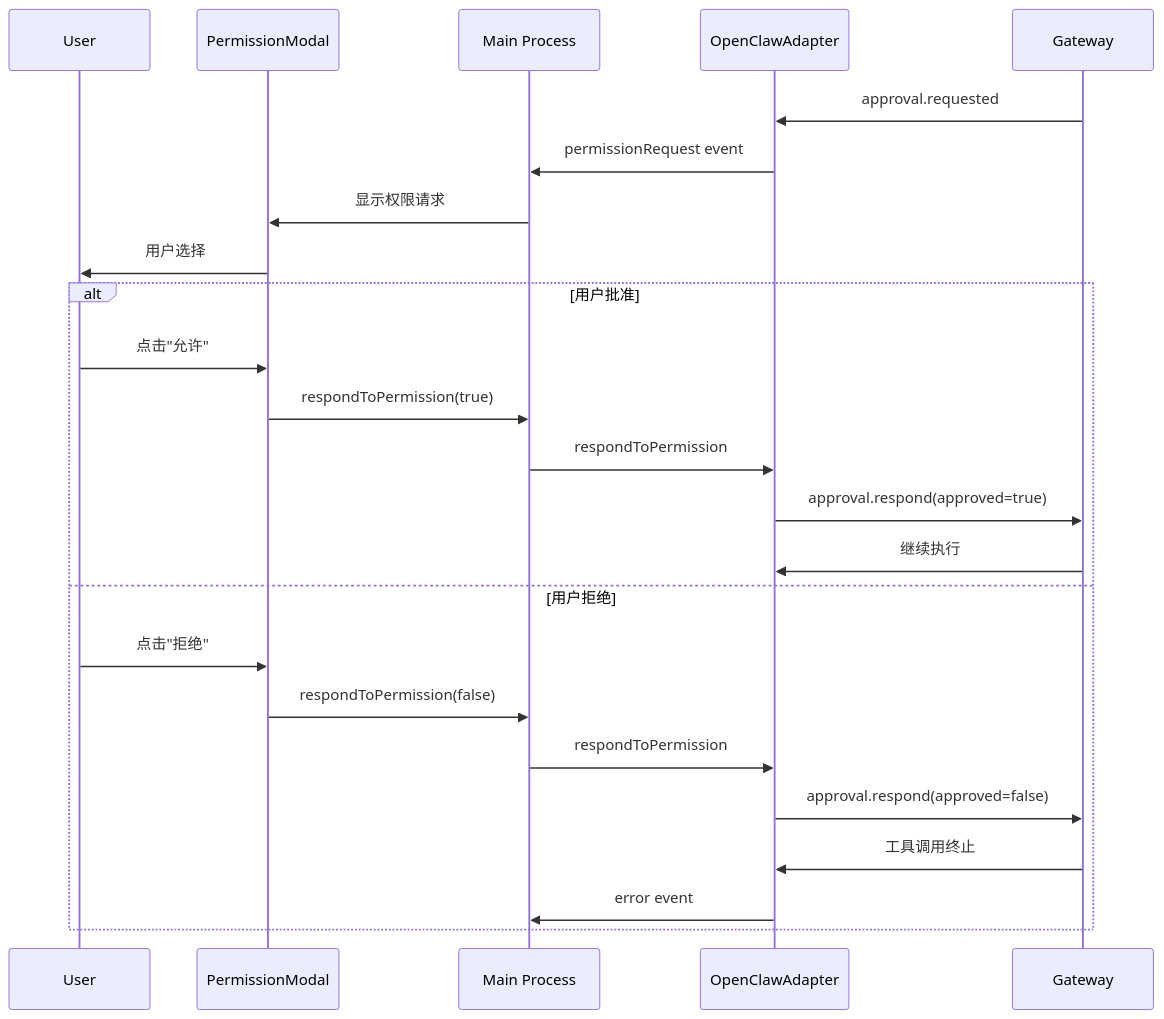
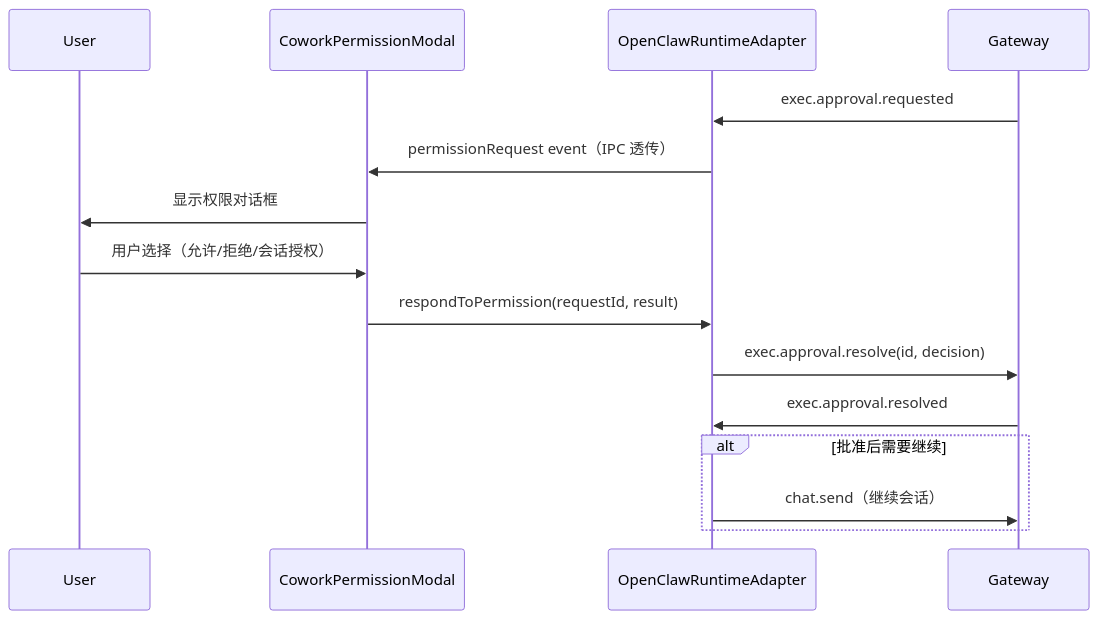
One commit to liangxhao/JustDo changed the second of 4 diagrams in docs/architecture/04-cowork-system.md. Above: the diagram before and after it, drawn with Mermaid. The commit also changed other lines of this file and 31 other files, not shown here.

First line of the commit message:
docs: comprehensive documentation update reflecting v2026.6 Thin Frontend architecture

````diff
--- a/docs/architecture/04-cowork-system.md
+++ b/docs/architecture/04-cowork-system.md
@@ -325,27 +265,18 @@
 ```mermaid
 sequenceDiagram
   participant U as User
-  participant GUI as PermissionModal
-  participant IPC as Main Process
-  participant OA as OpenClawAdapter
+  participant PM as CoworkPermissionModal
+  participant OA as OpenClawRuntimeAdapter
   participant GW as Gateway
-  
-  GW->>OA: approval.requested
-  OA->>IPC: permissionRequest event
-  IPC->>GUI: 显示权限请求
-  GUI->>U: 用户选择
-  alt 用户批准
-    U->>GUI: 点击"允许"
-    GUI->>IPC: respondToPermission(true)
-    IPC->>OA: respondToPermission
-    OA->>GW: approval.respond(approved=true)
-    GW->>OA: 继续执行
-  else 用户拒绝
-    U->>GUI: 点击"拒绝"
-    GUI->>IPC: respondToPermission(false)
-    IPC->>OA: respondToPermission
-    OA->>GW: approval.respond(approved=false)
-    GW->>OA: 工具调用终止
-    OA->>IPC: error event
+
+  GW->>OA: exec.approval.requested
+  OA->>PM: permissionRequest event（IPC 透传）
+  PM->>U: 显示权限对话框
+  U->>PM: 用户选择（允许/拒绝/会话授权）
+  PM->>OA: respondToPermission(requestId, result)
+  OA->>GW: exec.approval.resolve(id, decision)
+  GW->>OA: exec.approval.resolved
+  alt 批准后需要继续
+    OA->>GW: chat.send（继续会话）
   end
 ```
````
